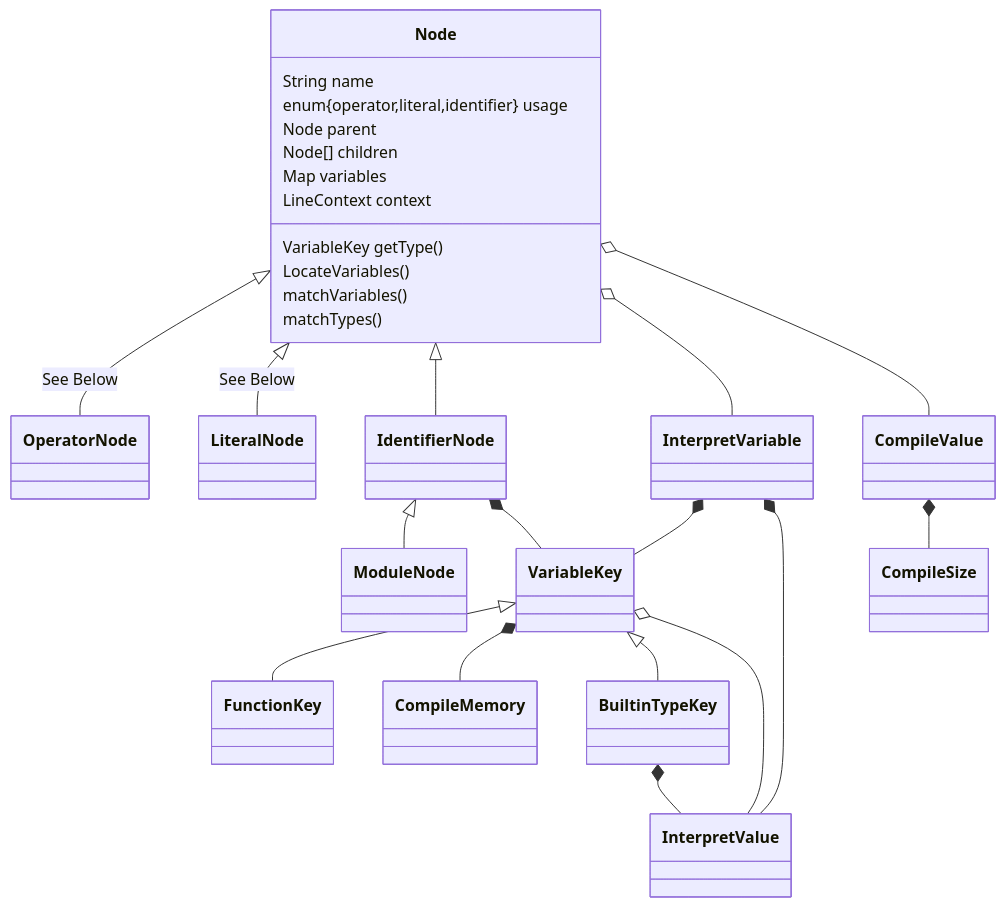
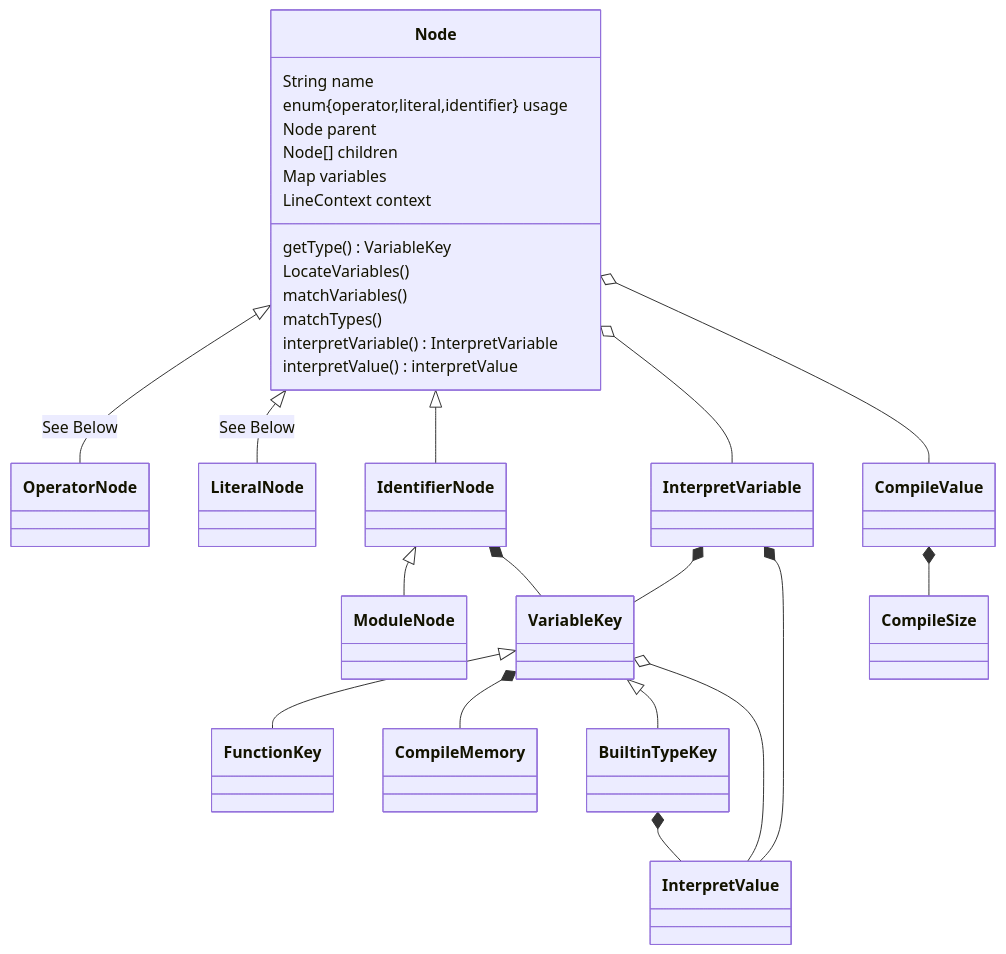
One commit to Jzhyang1/Monomer changed the first of 4 diagrams in README.md. Above: the diagram before and after it, drawn with Mermaid. The commit also changed other lines of this file, not shown here.

Commit message:
README.md updated from https://stackedit.io/

````diff
--- a/README.md
+++ b/README.md
@@ -239,29 +239,31 @@
 ```mermaid
 classDiagram
 Node <|-- OperatorNode: See Below
 Node <|-- LiteralNode: See Below
 Node <|-- IdentifierNode
 Node o-- InterpretVariable
 IdentifierNode <|-- ModuleNode
 IdentifierNode *-- VariableKey
 VariableKey <|-- FunctionKey
 VariableKey *-- CompileMemory
 VariableKey <|-- BuiltinTypeKey
 BuiltinTypeKey *-- InterpretValue
 VariableKey o-- InterpretValue
 InterpretVariable *-- VariableKey
 CompileValue *-- CompileSize
 Node o-- CompileValue
 InterpretVariable *-- InterpretValue
 
 Node: String name
 Node: enum{operator,literal,identifier} usage
 Node: Node parent
 Node: Node[] children
 Node: Map<String, VariableKey> variables
 Node: LineContext context
-Node: VariableKey getType()
+Node: getType() VariableKey
 Node: LocateVariables()
 Node: matchVariables()
 Node: matchTypes()
+Node: interpretVariable() InterpretVariable
+Node: interpretValue() interpretValue
 ```
````
